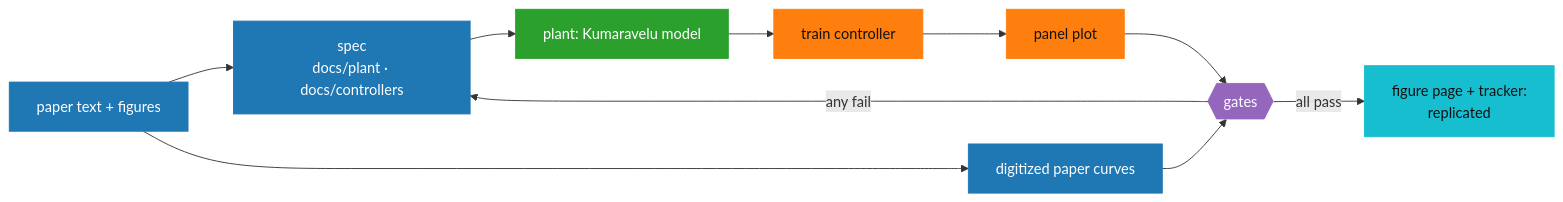
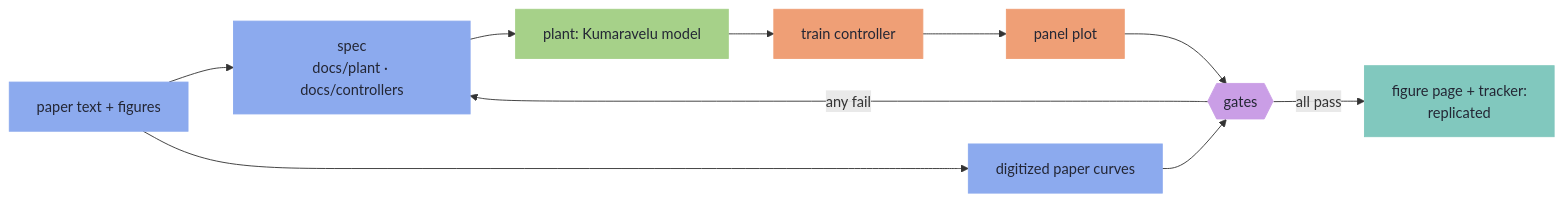
One commit to nynxlabs/rl-adaptive-dbs changed the diagram in docs/diagrams/pipeline.mmd. Above: the diagram before and after it, drawn with Mermaid. The commit also changed 5 other files, not shown here.

First line of the commit message:
Draw the structure diagrams in the pastel figure palette

```diff
--- a/docs/diagrams/pipeline.mmd
+++ b/docs/diagrams/pipeline.mmd
@@ -1,18 +1,18 @@
 %% How we check: every panel is rebuilt from the paper and scored against
 %% curves digitized from the paper's own figure.
 flowchart LR
   P["paper text + figures"]:::input --> S["spec<br/>docs/plant · docs/controllers"]:::input
   P --> D["digitized paper curves"]:::input
   S --> M["plant: Kumaravelu model"]:::plant
   M --> T["train controller"]:::train
   T --> F["panel plot"]:::train
   F --> G{{"gates"}}:::gate
   D --> G
   G -- "all pass" --> R["figure page + tracker:<br/>replicated"]:::tracker
   G -- "any fail" --> S
 
-  classDef input fill:#1f77b4,stroke:#1f77b4,color:#ffffff
-  classDef plant fill:#2ca02c,stroke:#2ca02c,color:#ffffff
-  classDef train fill:#ff7f0e,stroke:#ff7f0e,color:#111111
-  classDef gate fill:#9467bd,stroke:#9467bd,color:#ffffff
-  classDef tracker fill:#17becf,stroke:#17becf,color:#111111
+  classDef input fill:#8caaee,stroke:#8caaee,color:#232634
+  classDef plant fill:#a6d189,stroke:#a6d189,color:#232634
+  classDef train fill:#ef9f76,stroke:#ef9f76,color:#232634
+  classDef gate fill:#ca9ee6,stroke:#ca9ee6,color:#232634
+  classDef tracker fill:#81c8be,stroke:#81c8be,color:#232634
```
